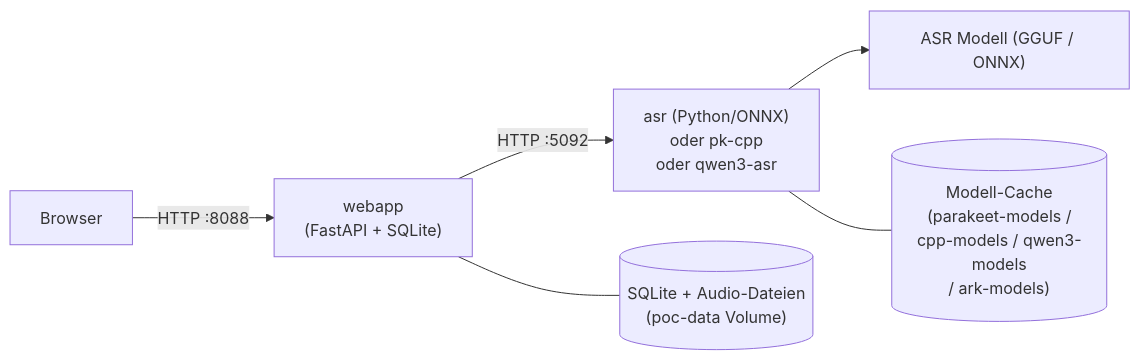
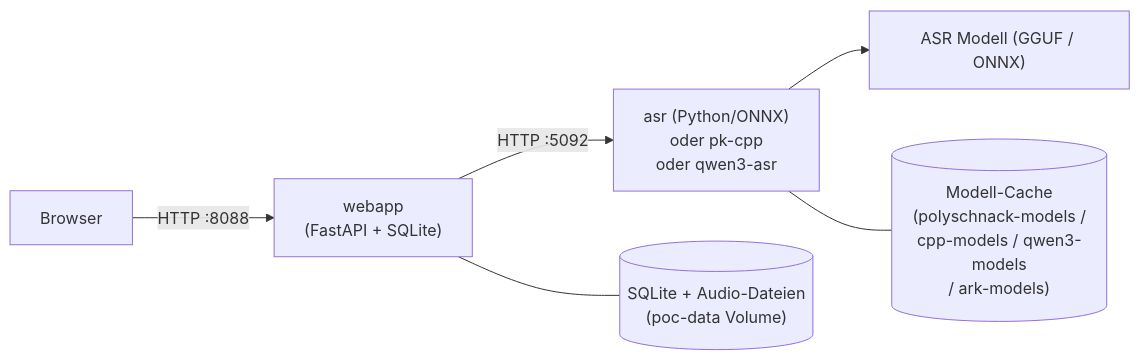
Before and after one commit to tilllt/polyschnack-asr: the diagram in README.md, drawn with Mermaid. The commit also changed other lines of this file and 49 other files, not shown here.

````diff
--- a/README.md
+++ b/README.md
@@ -293,8 +293,8 @@
 ```mermaid
 graph LR
     Browser -->|HTTP :8088| webapp["webapp<br/>(FastAPI + SQLite)"]
     webapp -->|HTTP :5092| asr["asr (Python/ONNX)<br/>oder pk-cpp<br/>oder qwen3-asr"]
     asr --> model["ASR Modell (GGUF / ONNX)"]
     webapp --- db[("SQLite + Audio-Dateien<br/>(poc-data Volume)")]
-    asr --- mcache[("Modell-Cache<br/>(parakeet-models /<br/>cpp-models / qwen3-models<br/>/ ark-models)")]
+    asr --- mcache[("Modell-Cache<br/>(polyschnack-models /<br/>cpp-models / qwen3-models<br/>/ ark-models)")]
 ```
````
